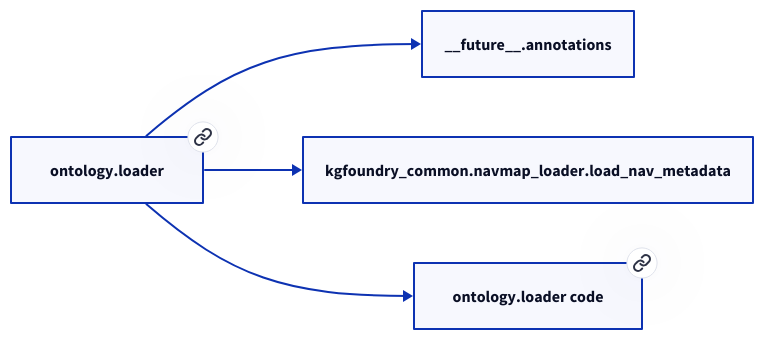
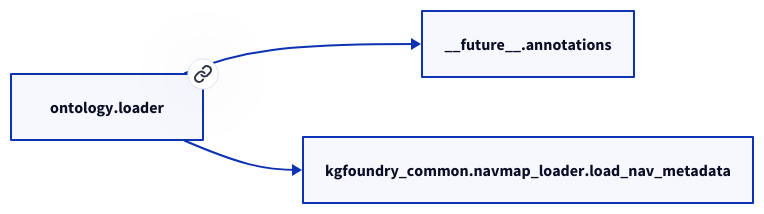
One commit to paul-heyse/kgforge changed the second of 2 diagrams in docs/modules/ontology/loader.md. Above: the diagram before and after it, drawn with D2. The commit also changed other lines of this file and 118 other files, not shown here.

````diff
--- a/docs/modules/ontology/loader.md
+++ b/docs/modules/ontology/loader.md
@@ -34,10 +32,8 @@
 ```d2
 direction: right
-"ontology.loader": "ontology.loader" { link: "./ontology/loader.md" }
+"ontology.loader": "ontology.loader" { link: "loader.md" }
 "__future__.annotations": "__future__.annotations"
 "ontology.loader" -> "__future__.annotations"
 "kgfoundry_common.navmap_loader.load_nav_metadata": "kgfoundry_common.navmap_loader.load_nav_metadata"
 "ontology.loader" -> "kgfoundry_common.navmap_loader.load_nav_metadata"
-"ontology.loader_code": "ontology.loader code" { link: "https://github.com/kgfoundry/kgfoundry/blob/main/src/ontology/loader.py" }
-"ontology.loader" -> "ontology.loader_code" { style: dashed }
 ```
````
